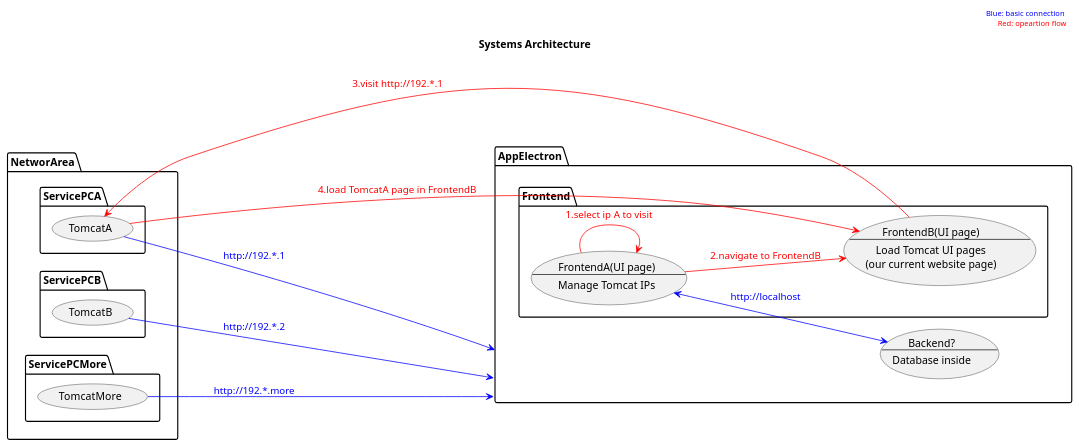
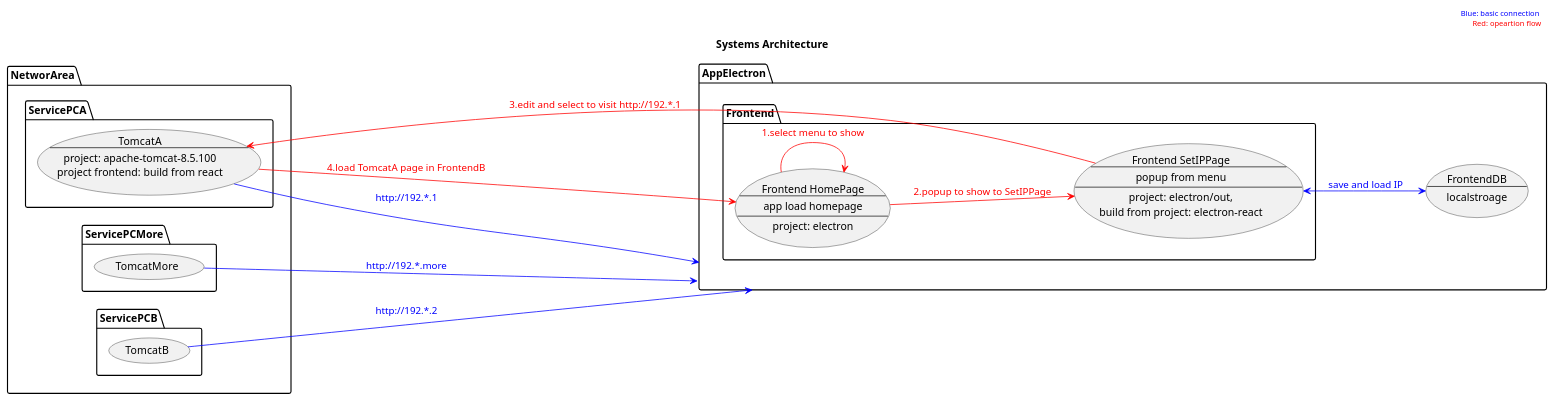
The diagram in src/upwork/upwork-tomcat-areaNetwork.wsd (chase-si/umlDesigns), drawn with PlantUML before and after one commit. The commit also changed 5 other files, not shown here.

Commit message:
[feat]add adadia checkout logic;update tomcat app desgin

```diff
--- a/src/upwork/upwork-tomcat-areaNetwork.wsd
+++ b/src/upwork/upwork-tomcat-areaNetwork.wsd
@@ -1,55 +1,63 @@
 @startuml
 title Systems Architecture
 header <color blue> Blue: basic connection</color> \n <color red> Red: opeartion flow</color>
 
 left to right direction
 
 package AppElectron {
-  
   package Frontend {
-    usecase FrontendA as "
-      FrontendA(UI page)
+    usecase HomePage as "
+      Frontend HomePage
       --
-      Manage Tomcat IPs
+      app load homepage
+      --
+      project: electron
     "
-    usecase FrontendB as "
-      FrontendB(UI page)
+    usecase SetIPPage as "
+      Frontend SetIPPage
       --
-      Load Tomcat UI pages
-      (our current website page)
+      popup from menu
+      --
+      project: electron/out,
+      build from project: electron-react
     "
   }
 
-  usecase BackendE as "
-    Backend?
+  usecase FrontendDB as "
+    FrontendDB
     --
-    Database inside
+    localstroage
   "
 }
 
 package NetworArea {
   package ServicePCA {
-    usecase TomcatA
+    usecase TomcatA as "
+      TomcatA
+      --
+      project: apache-tomcat-8.5.100
+      project frontend: build from react
+    "
   }
 
   package ServicePCB {
     usecase TomcatB
   }
 
   package ServicePCMore {
     usecase TomcatMore
   }
 }
 
-FrontendA <--> BackendE#line:blue;text:blue :  http://localhost
+SetIPPage <--> FrontendDB#line:blue;text:blue : save and load IP
 TomcatA ---> AppElectron#line:blue;text:blue : http://192.*.1
 TomcatB ---> AppElectron#line:blue;text:blue : http://192.*.2
 TomcatMore ---> AppElectron#line:blue;text:blue : http://192.*.more
 
-FrontendA --> FrontendA#line:red;text:red : 1.select ip A to visit
-FrontendA --> FrontendB#line:red;text:red : 2.navigate to FrontendB
-FrontendB --> TomcatA#line:red;text:red : 3.visit http://192.*.1
-FrontendB <-- TomcatA#line:red;text:red : 4.load TomcatA page in FrontendB
+HomePage --> HomePage#line:red;text:red : 1.select menu to show
+HomePage --> SetIPPage#line:red;text:red : 2.popup to show to SetIPPage
+SetIPPage --> TomcatA#line:red;text:red : 3.edit and select to visit http://192.*.1
+HomePage <-- TomcatA#line:red;text:red : 4.load TomcatA page in FrontendB
 
 
 @enduml
```
